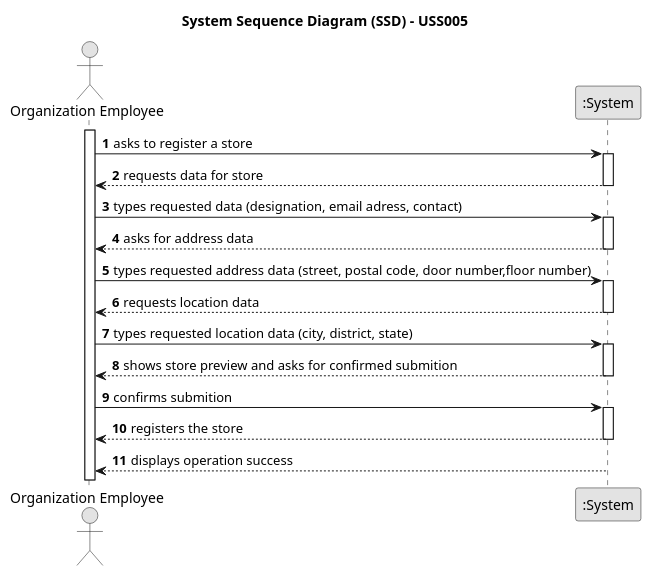
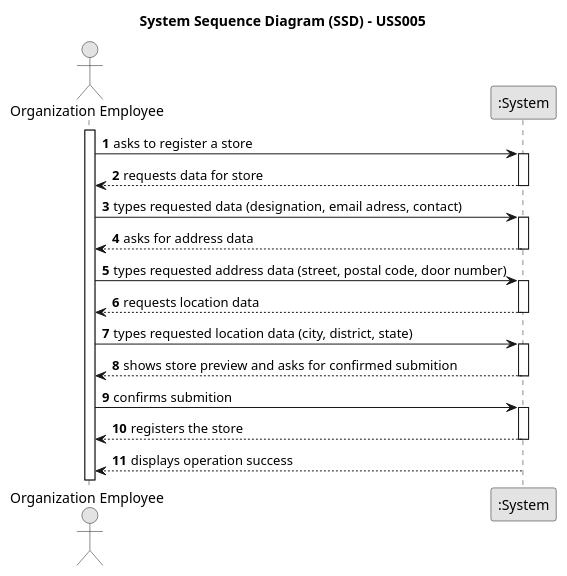
Before and after one commit to 1220812/LAPR2: the diagram in docs/sprintB/us005/01.requirements-engineering/puml/us005-system-sequence-diagram-alternative-one.svg.puml, drawn with PlantUML. The commit also changed 1 other file, not shown here.

Commit message:
Altered a detail in domain model and System sequence diagram alternative one- US5

```diff
--- a/docs/sprintB/us005/01.requirements-engineering/puml/us005-system-sequence-diagram-alternative-one.svg.puml
+++ b/docs/sprintB/us005/01.requirements-engineering/puml/us005-system-sequence-diagram-alternative-one.svg.puml
@@ -1,48 +1,48 @@
 @startuml
 skinparam monochrome true
 skinparam packageStyle rectangle
 skinparam shadowing false
 
 title System Sequence Diagram (SSD) - USS005
 
 autonumber
 
 actor "Organization Employee" as Employee
 participant ":System" as System
 
 activate Employee
 
     Employee -> System : asks to register a store
     activate System
 
         System --> Employee : requests data for store
     deactivate System
 
     Employee -> System : types requested data (designation, email adress, contact)
     activate System
 
         System --> Employee : asks for address data
     deactivate System
 
-    Employee -> System: types requested address data (street, postal code, door number,floor number)
+    Employee -> System: types requested address data (street, postal code, door number)
     activate System
 
         System --> Employee : requests location data
     deactivate System
 
     Employee -> System : types requested location data (city, district, state)
     activate System
 
         System --> Employee : shows store preview and asks for confirmed submition
     deactivate System
 
     Employee -> System : confirms submition
     activate System
 
         System --> Employee : registers the store
     deactivate System
 
         System --> Employee : displays operation success
     deactivate System
 
 @enduml
```
